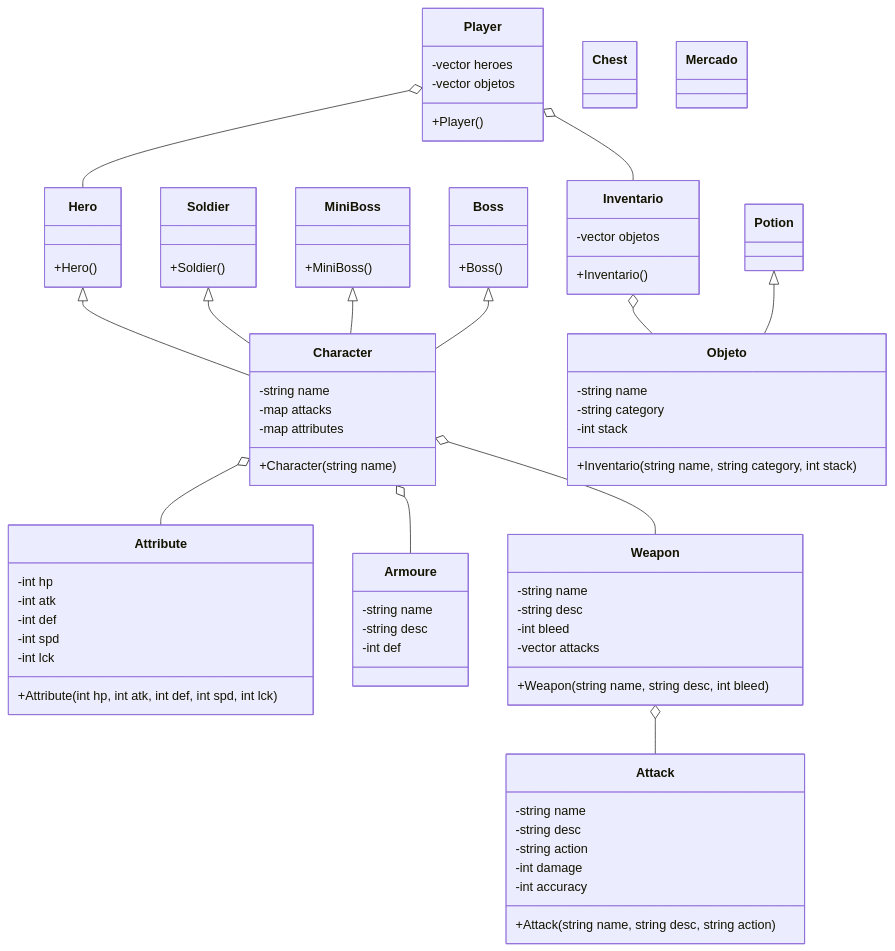
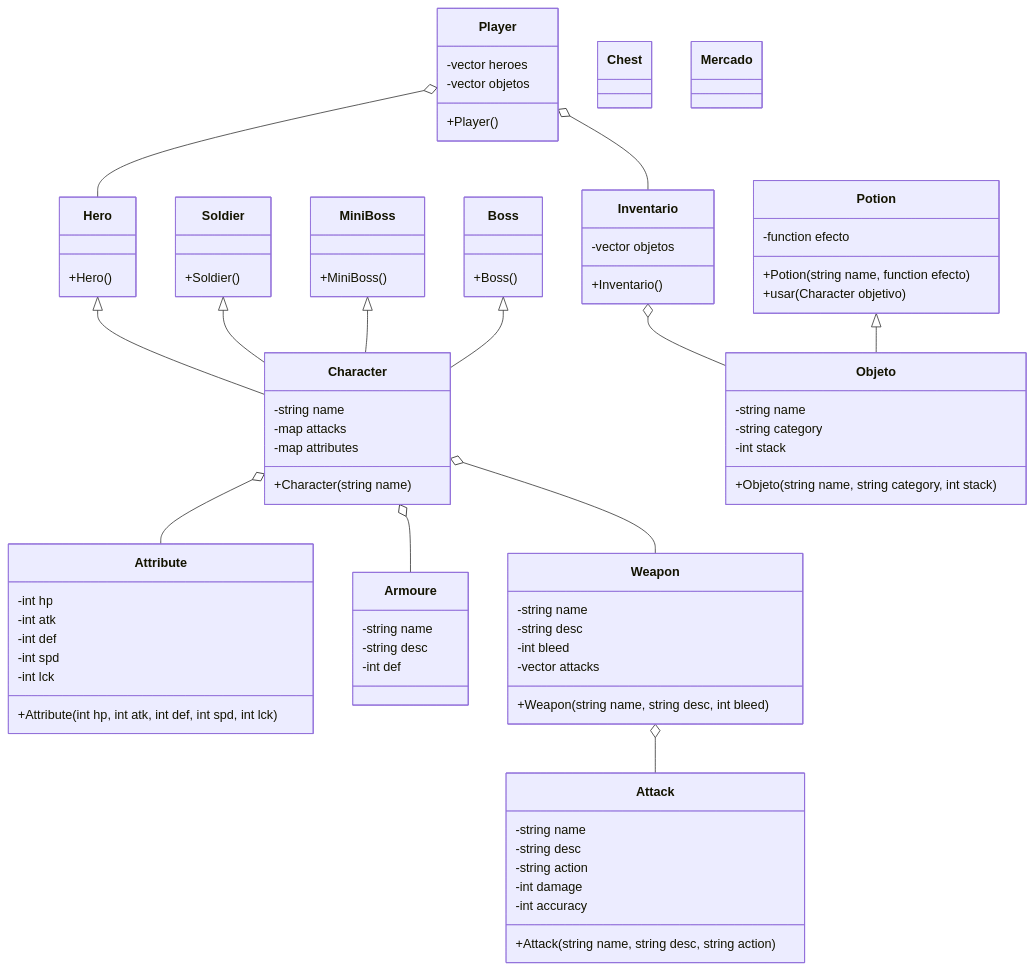
Before and after one commit to AlejandroSnap/PROYECTO-POO: the diagram in Diagrama.md, drawn with Mermaid.

```diff
--- a/Diagrama.md
+++ b/Diagrama.md
@@ -67,11 +67,13 @@
         -string name
         -string category
         -int stack
-        +Inventario(string name, string category, int stack)
+        +Objeto(string name, string category, int stack)
     }
 
     class Potion {
-
+        -function efecto
+        +Potion(string name, function efecto)
+        +usar(Character objetivo)
     }
 
     class Chest {
@@ -87,6 +89,7 @@
         +Inventario()
     }
 
+    
     Inventario o-- Objeto
     Potion <|-- Objeto    
     Player o-- Hero
```
